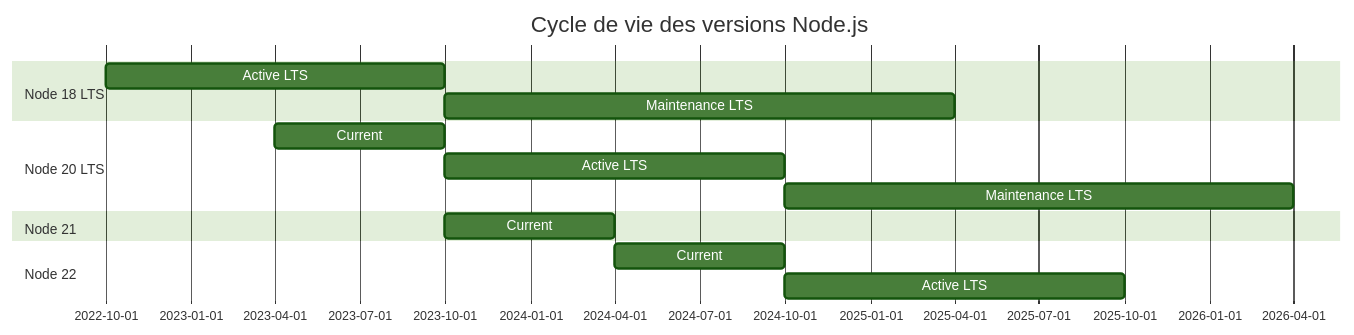
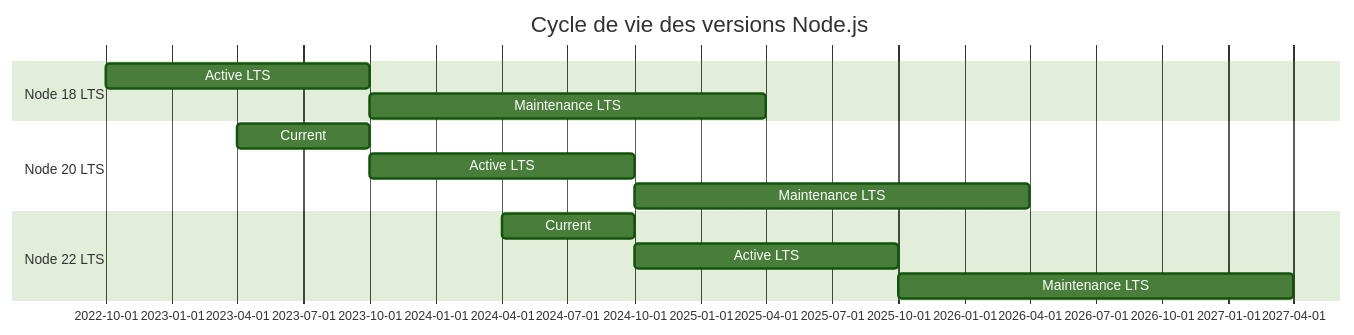
Before and after one commit to zyrass/omnydocs: the second of 2 diagrams in docs/bases/outils/environnement-virtuel/nvm.md, drawn with Mermaid (forest theme). The commit also changed other lines of this file and 671 other files, not shown here.

````diff
--- a/docs/bases/outils/environnement-virtuel/nvm.md
+++ b/docs/bases/outils/environnement-virtuel/nvm.md
@@ -82,21 +66,19 @@
 ```mermaid
 gantt
     title Cycle de vie des versions Node.js
     dateFormat YYYY-MM
-    
+
     section Node 18 LTS
     Active LTS           :a1, 2022-10, 2023-10
     Maintenance LTS      :a2, 2023-10, 2025-04
-    
+
     section Node 20 LTS
     Current              :b1, 2023-04, 2023-10
     Active LTS           :b2, 2023-10, 2024-10
     Maintenance LTS      :b3, 2024-10, 2026-04
-    
-    section Node 21
-    Current              :c1, 2023-10, 2024-04
-    
-    section Node 22
+
+    section Node 22 LTS
     Current              :d1, 2024-04, 2024-10
     Active LTS           :d2, 2024-10, 2025-10
+    Maintenance LTS      :d3, 2025-10, 2027-04
 ```
````
